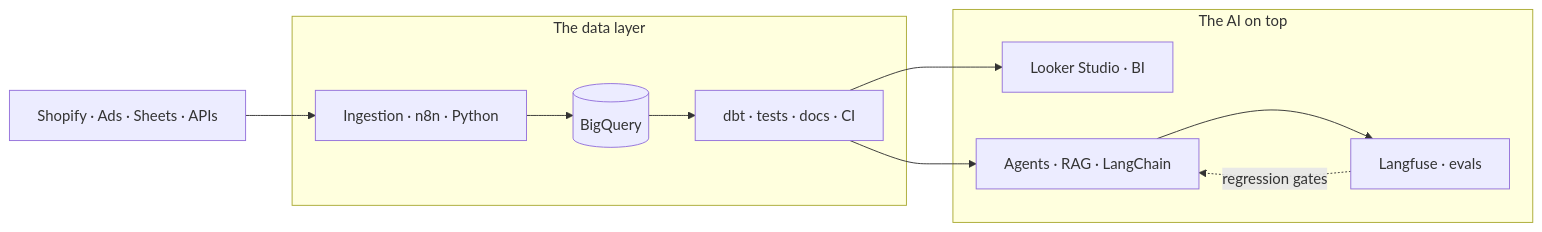
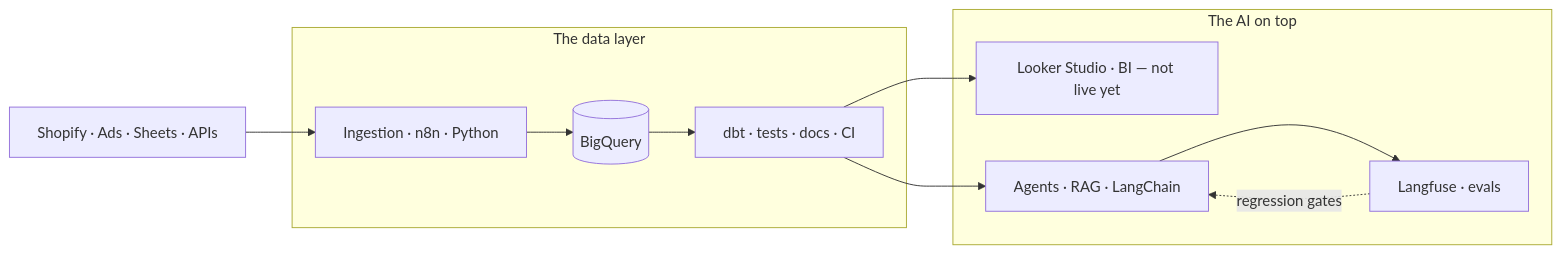
Before and after one commit to alfassaad/alfassaad: the diagram in README.md, drawn with Mermaid. The commit also changed other lines of this file, not shown here.

````diff
--- a/README.md
+++ b/README.md
@@ -9,33 +11,17 @@
 ```mermaid
-
 flowchart LR
-
   A[Shopify · Ads · Sheets · APIs]
-
   subgraph DL[The data layer]
-
     B[Ingestion · n8n · Python] --> C[(BigQuery)] --> D[dbt · tests · docs · CI]
-
   end
-
   subgraph AI[The AI on top]
-
-    E[Looker Studio · BI]
-
+    E[Looker Studio · BI — not live yet]
     F[Agents · RAG · LangChain]
-
     G[Langfuse · evals]
-
   end
-
   A --> B
-
   D --> E
-
   D --> F
-
   F --> G
-
   G -.->|regression gates| F
-
 ```
````
